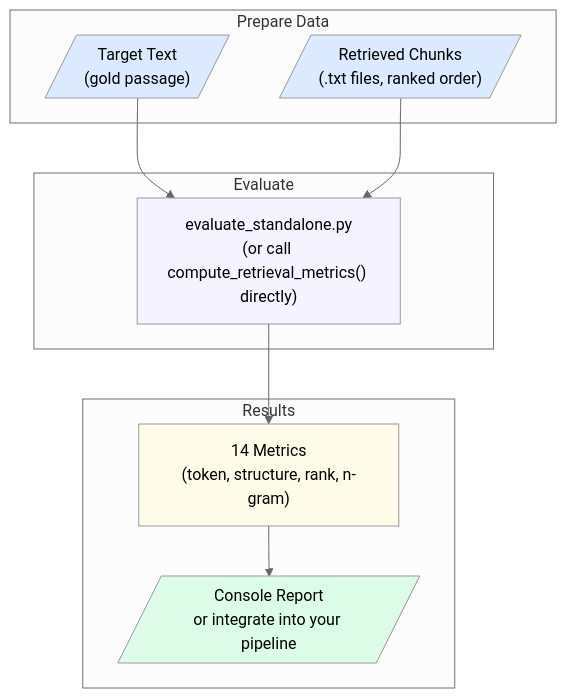
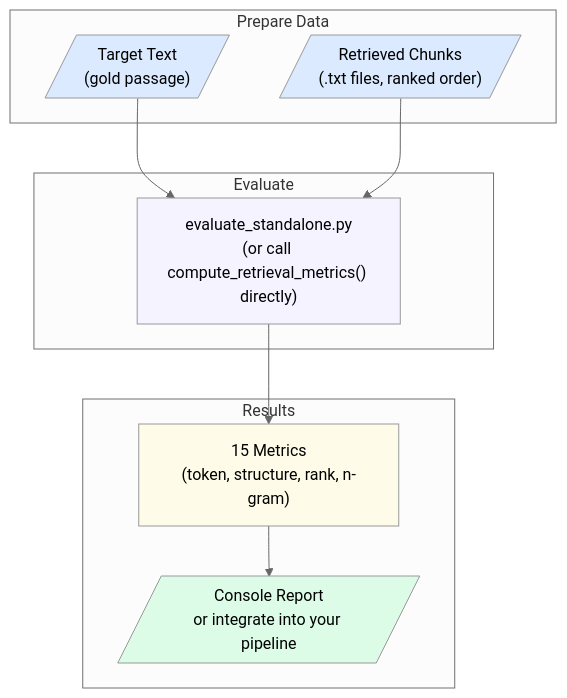
One commit to GAIK-project/gaik-toolkit changed the second of 2 diagrams in guidance_layer/website/content/docs/evaluation-layer/rag-eval.mdx. Above: the diagram before and after it, drawn with Mermaid (neutral theme). The commit also changed other lines of this file and 13 other files, not shown here.

````diff
--- a/guidance_layer/website/content/docs/evaluation-layer/rag-eval.mdx
+++ b/guidance_layer/website/content/docs/evaluation-layer/rag-eval.mdx
@@ -152,26 +152,26 @@
 ```mermaid
 graph TD
   subgraph "Prepare Data"
     A[/"Target Text\n(gold passage)"/]
     B[/"Retrieved Chunks\n(.txt files, ranked order)"/]
   end
 
   subgraph "Evaluate"
     C["evaluate_standalone.py\n(or call compute_retrieval_metrics() directly)"]
   end
 
   subgraph "Results"
-    D["14 Metrics\n(token, structure, rank, n-gram)"]
+    D["15 Metrics\n(token, structure, rank, n-gram)"]
     E[/"Console Report\nor integrate into your pipeline"/]
   end
 
   A --> C
   B --> C
   C --> D --> E
 
   style A fill:#dbeafe
   style B fill:#dbeafe
   style C fill:#f5f3ff
   style D fill:#fefce8
   style E fill:#dcfce7
 ```
````
